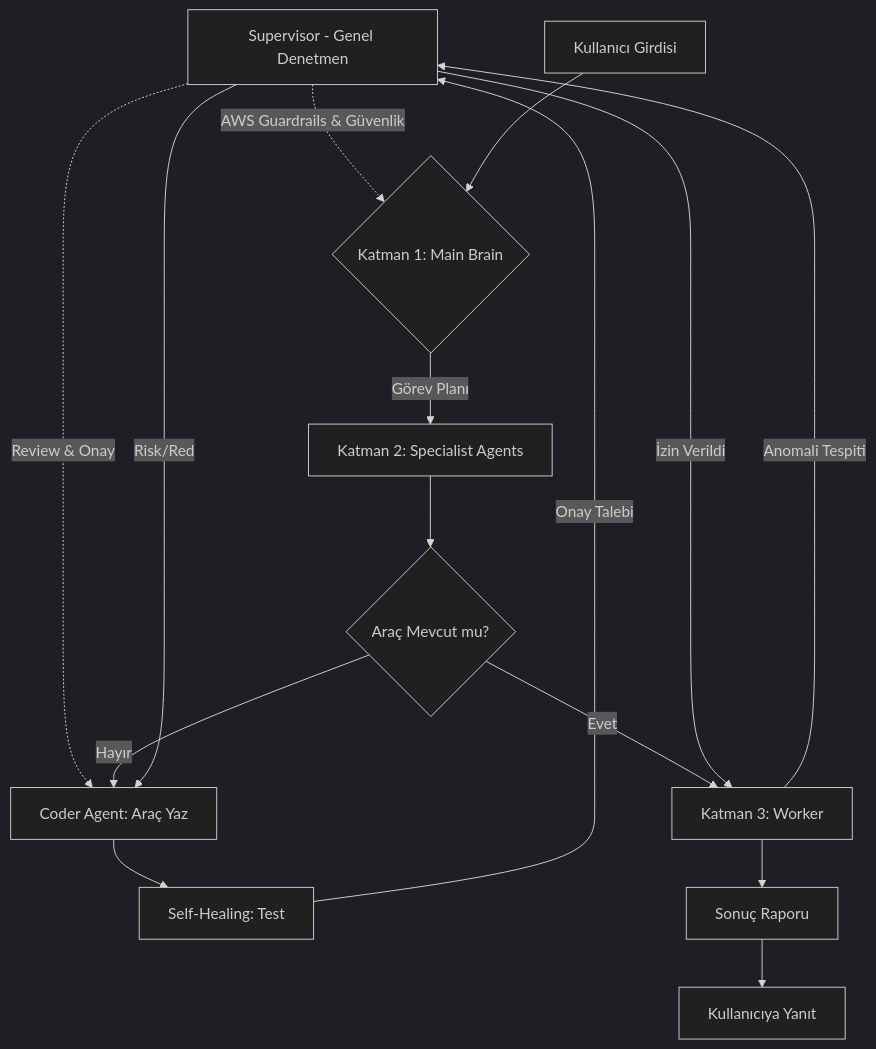
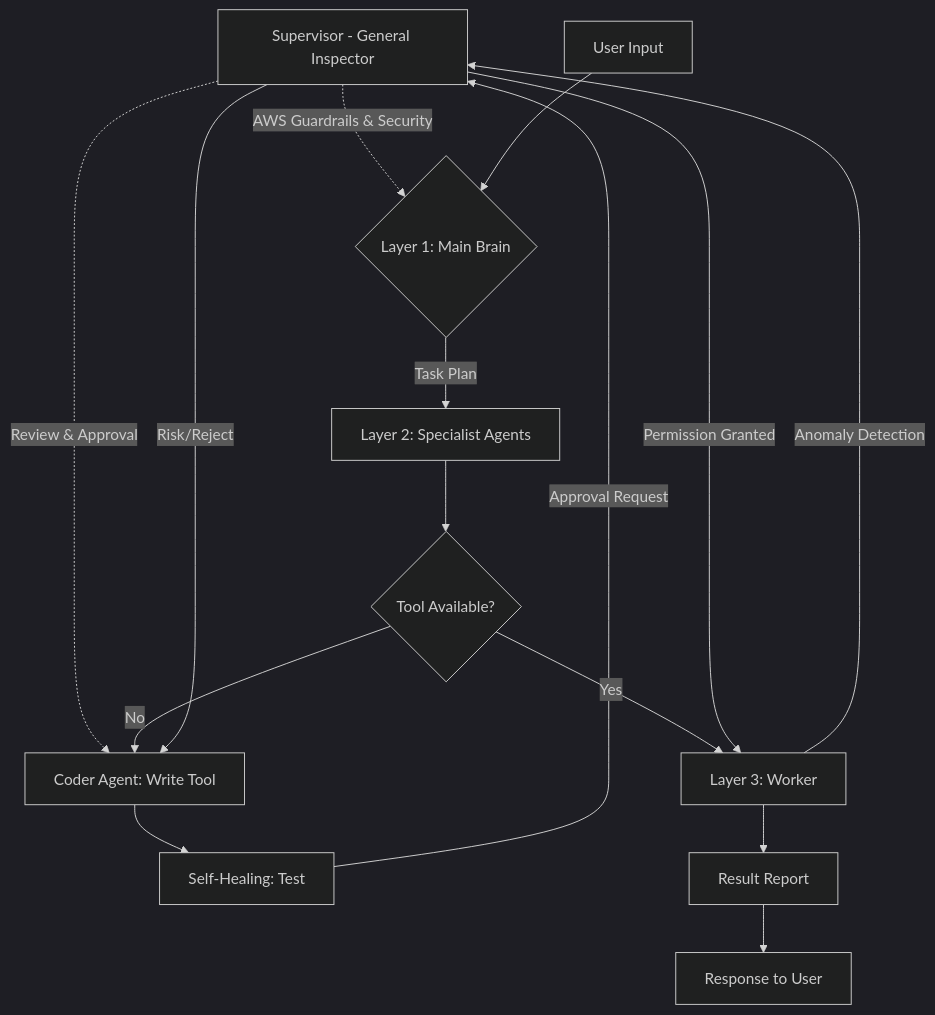
The diagram in architecture_plan.md (gnyselcuk/octopOS), drawn with Mermaid (dark theme) before and after one commit. The commit also changed other lines of this file and 1 other file, not shown here.

First line of the commit message:
docs: translate architecture documentation from Turkish to English

````diff
--- a/architecture_plan.md
+++ b/architecture_plan.md
@@ -37,22 +37,22 @@
 ```mermaid
 graph TD
-    S[Supervisor - Genel Denetmen] -.-> |AWS Guardrails & Güvenlik| B
-    S -.-> |Review & Onay| G
+    S[Supervisor - General Inspector] -.-> |AWS Guardrails & Security| B
+    S -.-> |Review & Approval| G
     
-    A[Kullanıcı Girdisi] --> B{Katman 1: Main Brain}
-    B -- Görev Planı --> D[Katman 2: Specialist Agents]
+    A[User Input] --> B{Layer 1: Main Brain}
+    B -- Task Plan --> D[Layer 2: Specialist Agents]
     
-    D --> E{Araç Mevcut mu?}
-    E -- Hayır --> G[Coder Agent: Araç Yaz]
+    D --> E{Tool Available?}
+    E -- No --> G[Coder Agent: Write Tool]
     G --> H[Self-Healing: Test]
-    H --> |Onay Talebi| S
+    H --> |Approval Request| S
     
-    E -- Evet --> F[Katman 3: Worker]
-    F --> |Anomali Tespiti| S
+    E -- Yes --> F[Layer 3: Worker]
+    F --> |Anomaly Detection| S
     
-    S --> |İzin Verildi| F
-    S --> |Risk/Red| G
+    S --> |Permission Granted| F
+    S --> |Risk/Reject| G
     
-    F --> J[Sonuç Raporu]
-    J --> K[Kullanıcıya Yanıt]
+    F --> J[Result Report]
+    J --> K[Response to User]
 ```
````
